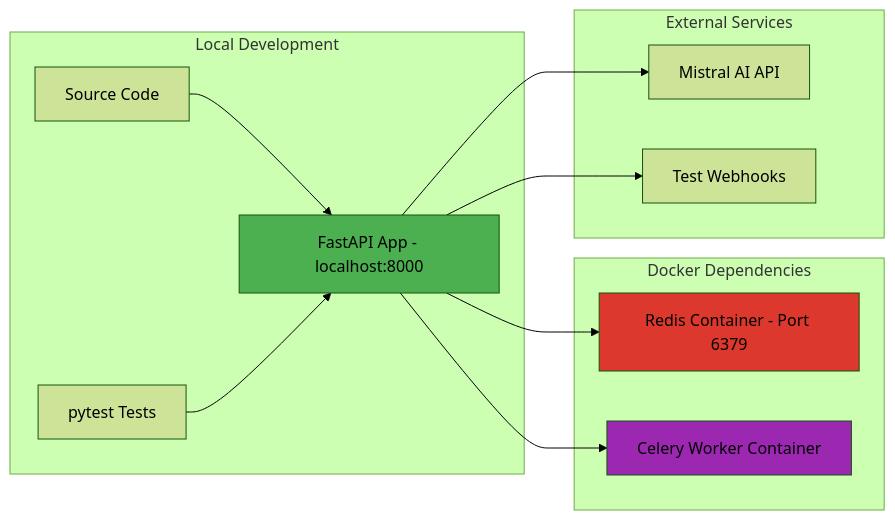
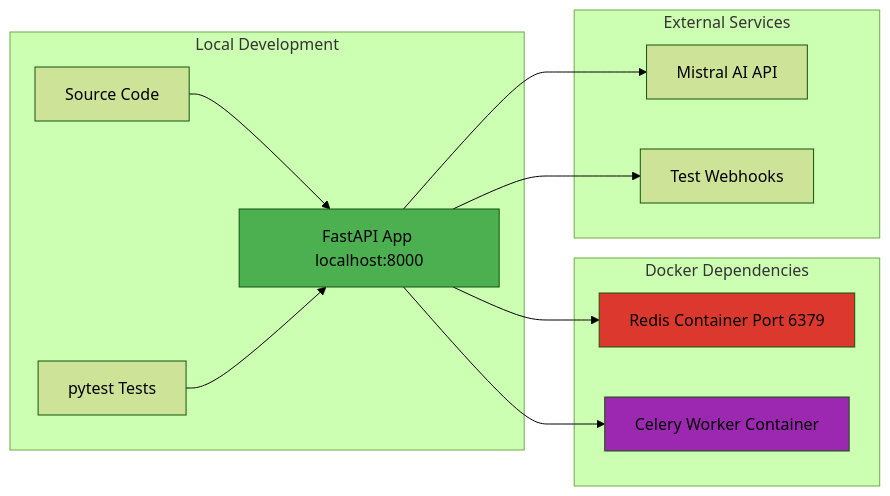
The fourth of 4 diagrams in README.md (Tony363/document-ingestion-agent), drawn with Mermaid (forest theme) before and after one commit. The commit also changed other lines of this file, not shown here.

````diff
--- a/README.md
+++ b/README.md
@@ -143,29 +175,29 @@
 ```mermaid
 flowchart LR
     subgraph LocalDev ["Local Development"]
         Code[Source Code]
-        App[FastAPI App - localhost:8000]
+        App[FastAPI App localhost:8000]
         Tests[pytest Tests]
     end
     
     subgraph DockerDeps ["Docker Dependencies"]
-        Redis[Redis Container - Port 6379]
+        Redis[Redis Container Port 6379]
         CeleryWorker[Celery Worker Container]
     end
     
     subgraph ExtServices ["External Services"]
         Mistral[Mistral AI API]
         Webhooks[Test Webhooks]
     end
     
     Code --> App
     App --> Redis
     App --> CeleryWorker
     App --> Mistral
     App --> Webhooks
     Tests --> App
     
     style App fill:#4CAF50
     style Redis fill:#DC382D
     style CeleryWorker fill:#9C27B0
 ```
````
